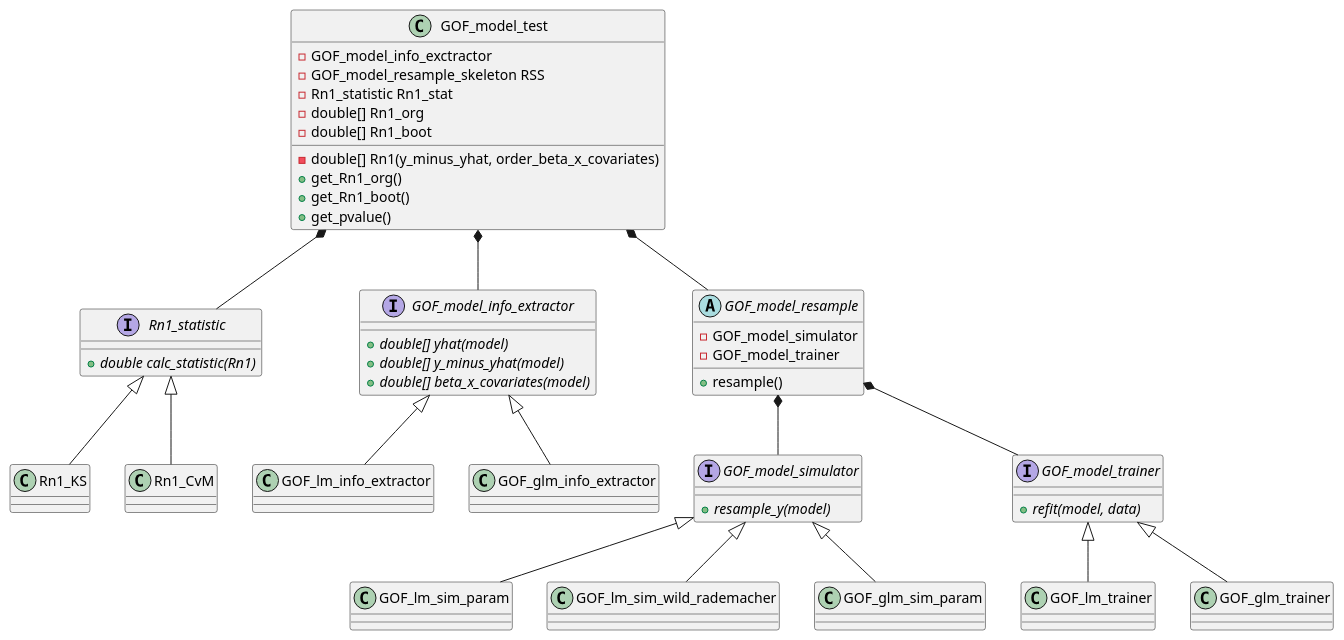
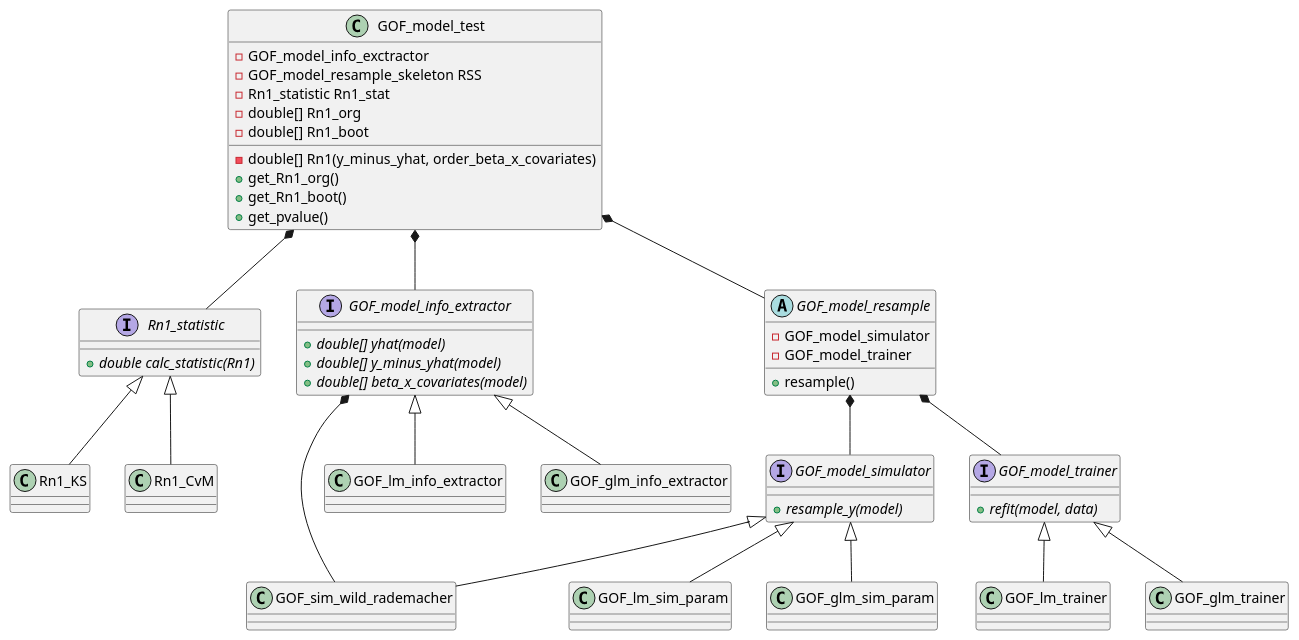
The diagram in design.plantuml (MarselScheer/bootGOF), drawn with PlantUML before and after one commit. The commit also changed 36 other files, not shown here.

Commit message:
update class diagram and rebuild pkgdown

```diff
--- a/design.plantuml
+++ b/design.plantuml
@@ -1,46 +1,47 @@
 @startuml
 interface Rn1_statistic {
     + {abstract} double calc_statistic(Rn1)
 }
 Rn1_statistic <|-- Rn1_KS
 Rn1_statistic <|-- Rn1_CvM
 interface GOF_model_simulator {
     + {abstract} resample_y(model)
 }
 GOF_model_simulator <|-- GOF_lm_sim_param
-GOF_model_simulator <|-- GOF_lm_sim_wild_rademacher
+GOF_model_simulator <|-- GOF_sim_wild_rademacher
 GOF_model_simulator <|-- GOF_glm_sim_param
 interface GOF_model_trainer {
     + {abstract} refit(model, data)
 }
 GOF_model_trainer <|-- GOF_lm_trainer
 GOF_model_trainer <|-- GOF_glm_trainer
 interface GOF_model_info_extractor {
     + {abstract} double[] yhat(model)
     + {abstract} double[] y_minus_yhat(model)
     + {abstract} double[] beta_x_covariates(model)
 }
 GOF_model_info_extractor <|-- GOF_lm_info_extractor
 GOF_model_info_extractor <|-- GOF_glm_info_extractor
+GOF_model_info_extractor *-- GOF_sim_wild_rademacher
 abstract class GOF_model_resample {
     - GOF_model_simulator
     - GOF_model_trainer
     + resample()
 }
 GOF_model_resample *-- GOF_model_simulator
 GOF_model_resample *-- GOF_model_trainer
 class GOF_model_test {
     - GOF_model_info_exctractor
     - GOF_model_resample_skeleton RSS
     - Rn1_statistic Rn1_stat
     - double[] Rn1_org
     - double[] Rn1_boot
     - double[] Rn1(y_minus_yhat, order_beta_x_covariates)
     + get_Rn1_org()
     + get_Rn1_boot()
     + get_pvalue()
 }
 GOF_model_test *-- GOF_model_info_extractor
 GOF_model_test *-- GOF_model_resample
 GOF_model_test *-- Rn1_statistic
 @enduml
```
